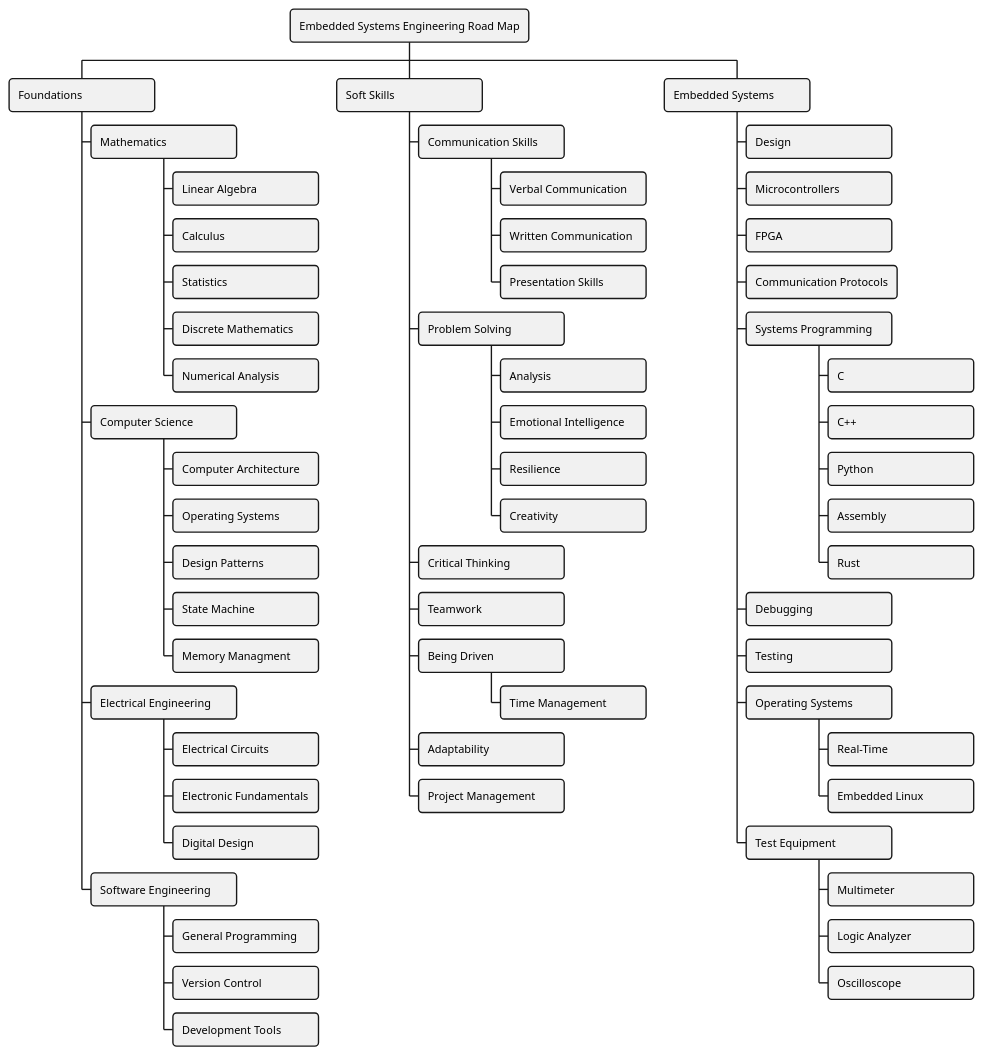
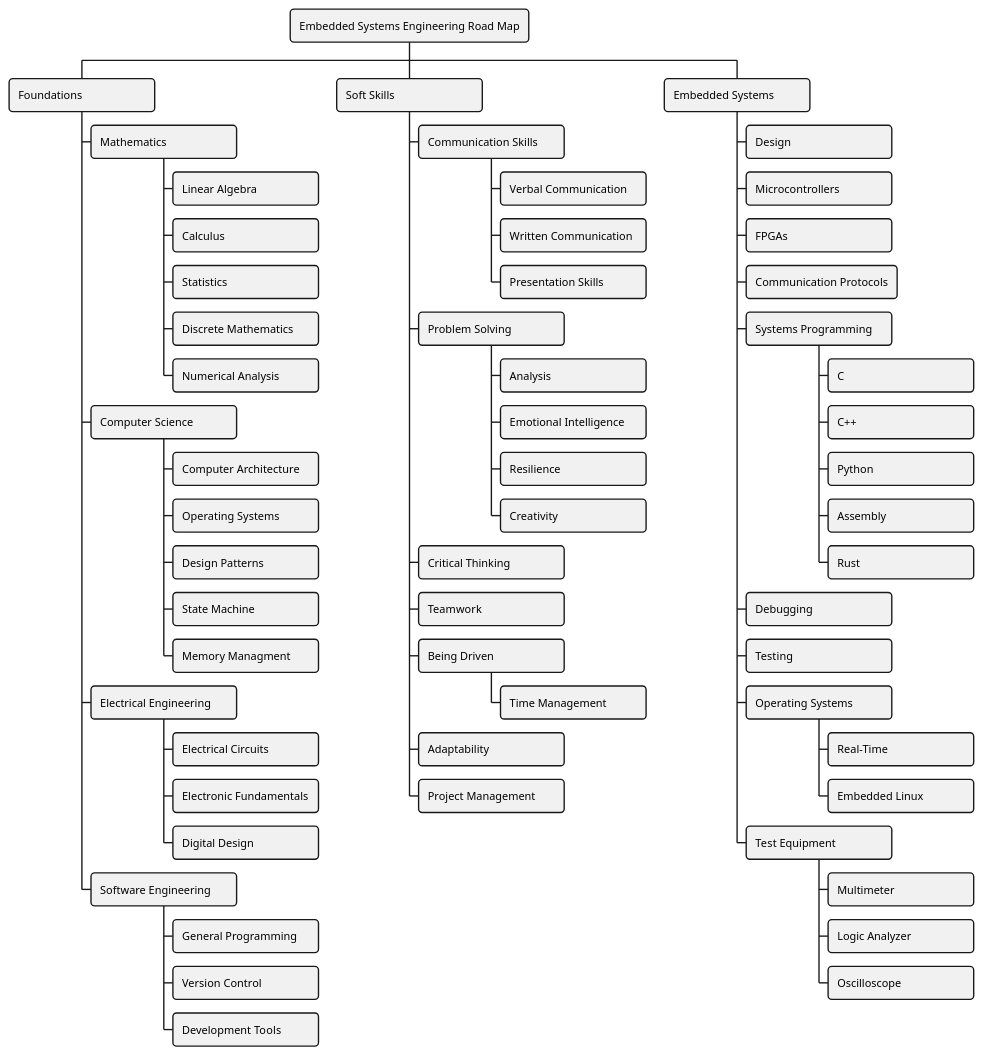
The diagram in resources/road-map.puml (HenrikSamuelsson/embedded-systems-engineering-road-map), drawn with PlantUML before and after one commit.

Commit message:
Change to plural form.

```diff
--- a/resources/road-map.puml
+++ b/resources/road-map.puml
@@ -1,67 +1,67 @@
 @startwbs Embedded Systemes Engineering Road Map
 <style>
 node {
     MinimumWidth 160
     MaximumWidth 1600
     RoundCorner 8
 }
 </style>
 + Embedded Systems Engineering Road Map
  + Foundations
   + Mathematics
    + Linear Algebra
    + Calculus
    + Statistics
    + Discrete Mathematics
    + Numerical Analysis
   + Computer Science
    + Computer Architecture
    + Operating Systems
    + Design Patterns
    + State Machine
    + Memory Managment
   + Electrical Engineering
    + Electrical Circuits
    + Electronic Fundamentals
    + Digital Design
   + Software Engineering
    + General Programming
    + Version Control
    + Development Tools
  + Soft Skills
   + Communication Skills
    + Verbal Communication
    + Written Communication
    + Presentation Skills
   + Problem Solving
    + Analysis
    + Emotional Intelligence
    + Resilience
    + Creativity
   + Critical Thinking
   + Teamwork
   + Being Driven
    + Time Management
   + Adaptability
   + Project Management
  + Embedded Systems
   + Design
   + Microcontrollers
-  + FPGA
+  + FPGAs
   + Communication Protocols
   + Systems Programming
    + C
    + C++
    + Python
    + Assembly
    + Rust
   + Debugging
   + Testing
   + Operating Systems
    + Real-Time
    + Embedded Linux
   + Test Equipment
    + Multimeter
    + Logic Analyzer
    + Oscilloscope
 @endwbs
```
